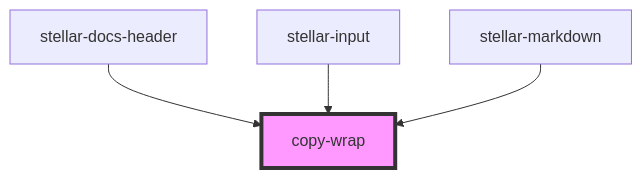
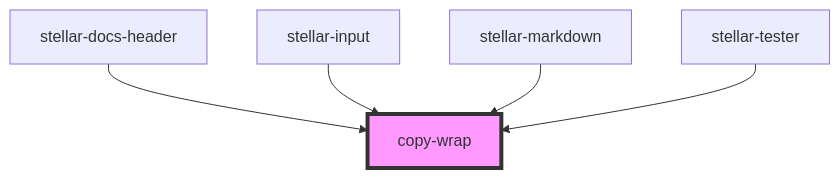
Before and after one commit to splitinfinities/Stellar: the diagram in src/components/ui/copy-wrap/readme.md, drawn with Mermaid. The commit also changed other lines of this file and 11 other files, not shown here.

````diff
--- a/src/components/ui/copy-wrap/readme.md
+++ b/src/components/ui/copy-wrap/readme.md
@@ -41,7 +42,8 @@
 ```mermaid
 graph TD;
   stellar-docs-header --> copy-wrap
   stellar-input --> copy-wrap
   stellar-markdown --> copy-wrap
+  stellar-tester --> copy-wrap
   style copy-wrap fill:#f9f,stroke:#333,stroke-width:4px
 ```
````
